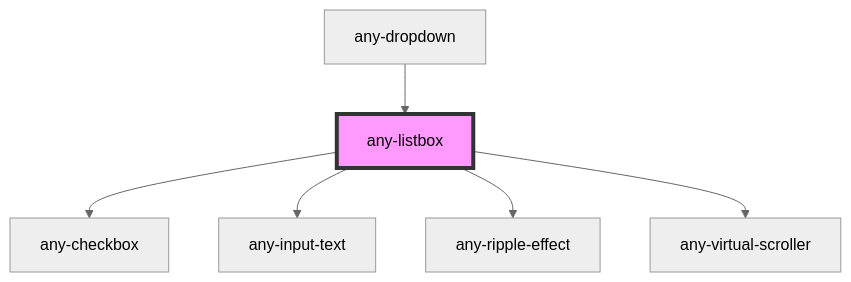
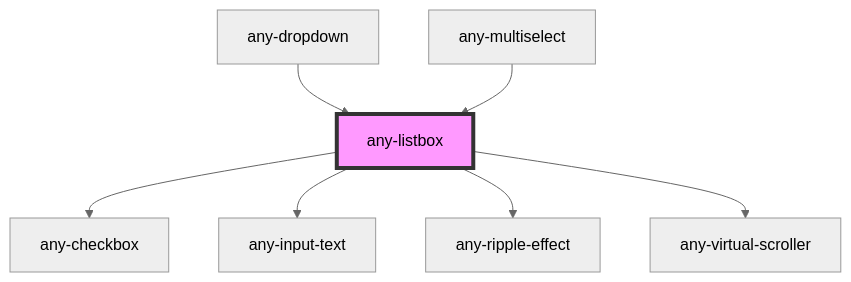
One commit to adaleks/anywhere-ui changed the diagram in packages/core/src/components/listbox/readme.md. Above: the diagram before and after it, drawn with Mermaid (neutral theme). The commit also changed other lines of this file and 54 other files, not shown here.

````diff
--- a/packages/core/src/components/listbox/readme.md
+++ b/packages/core/src/components/listbox/readme.md
@@ -70,9 +85,10 @@
 ```mermaid
 graph TD;
   any-listbox --> any-checkbox
   any-listbox --> any-input-text
   any-listbox --> any-ripple-effect
   any-listbox --> any-virtual-scroller
   any-dropdown --> any-listbox
+  any-multiselect --> any-listbox
   style any-listbox fill:#f9f,stroke:#333,stroke-width:4px
 ```
````
